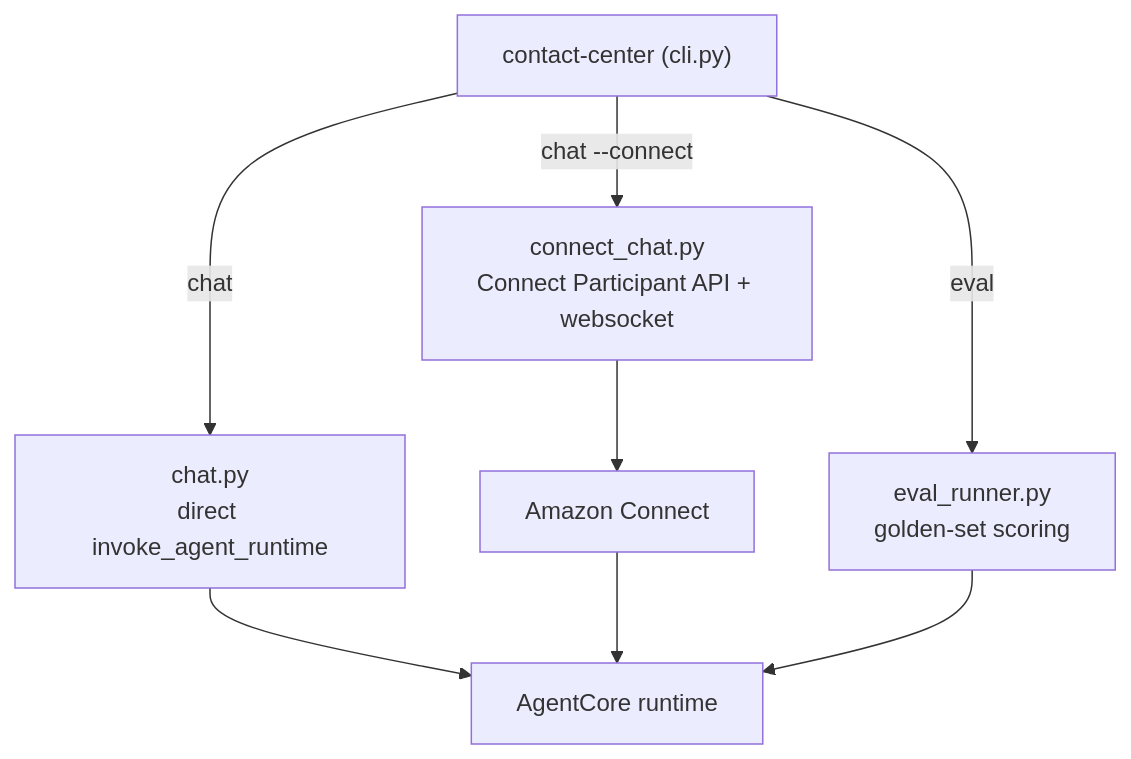
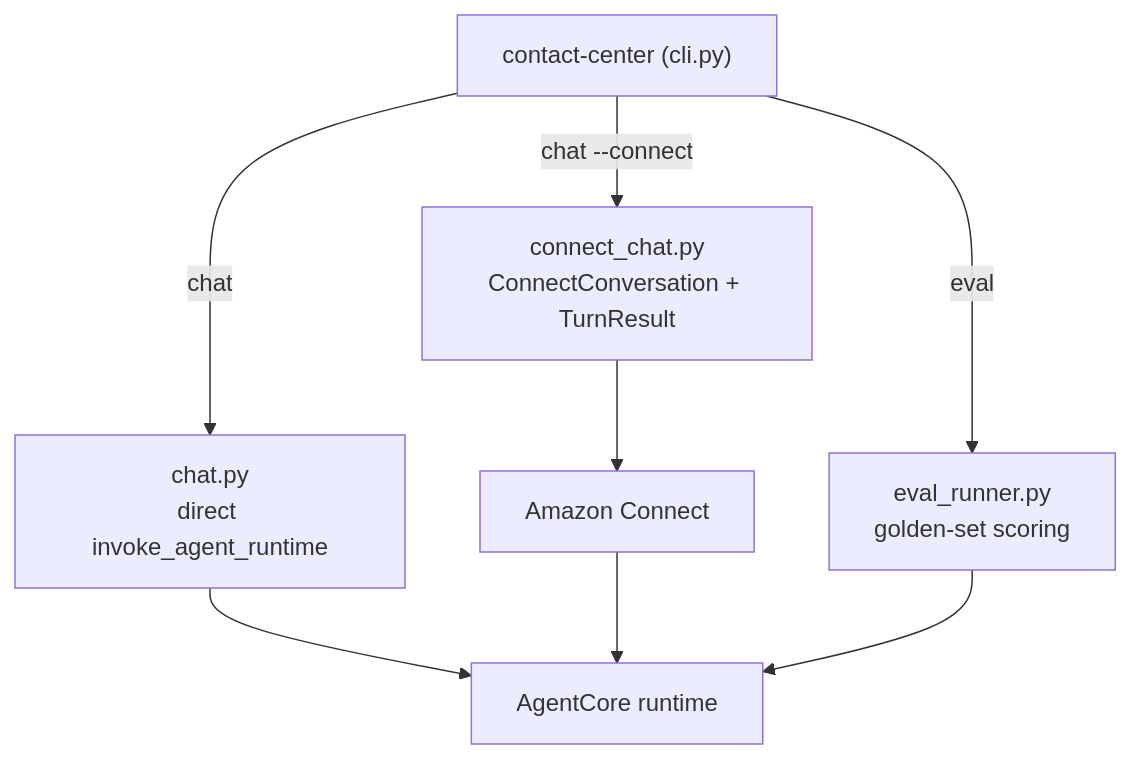
Before and after one commit to deadhand777/contact-center: the diagram in src/contact_center/README.md, drawn with Mermaid. The commit also changed other lines of this file and 14 other files, not shown here.

````diff
--- a/src/contact_center/README.md
+++ b/src/contact_center/README.md
@@ -6,10 +6,10 @@
 ```mermaid
 graph TB
   CLI["contact-center (cli.py)"]
   CLI -->|chat| Chat["chat.py<br/>direct invoke_agent_runtime"]
-  CLI -->|"chat --connect"| CC["connect_chat.py<br/>Connect Participant API + websocket"]
+  CLI -->|"chat --connect"| CC["connect_chat.py<br/>ConnectConversation + TurnResult"]
   CLI -->|eval| EV["eval_runner.py<br/>golden-set scoring"]
   Chat --> RT["AgentCore runtime"]
   CC --> CN["Amazon Connect"] --> RT
   EV --> RT
 ```
````
